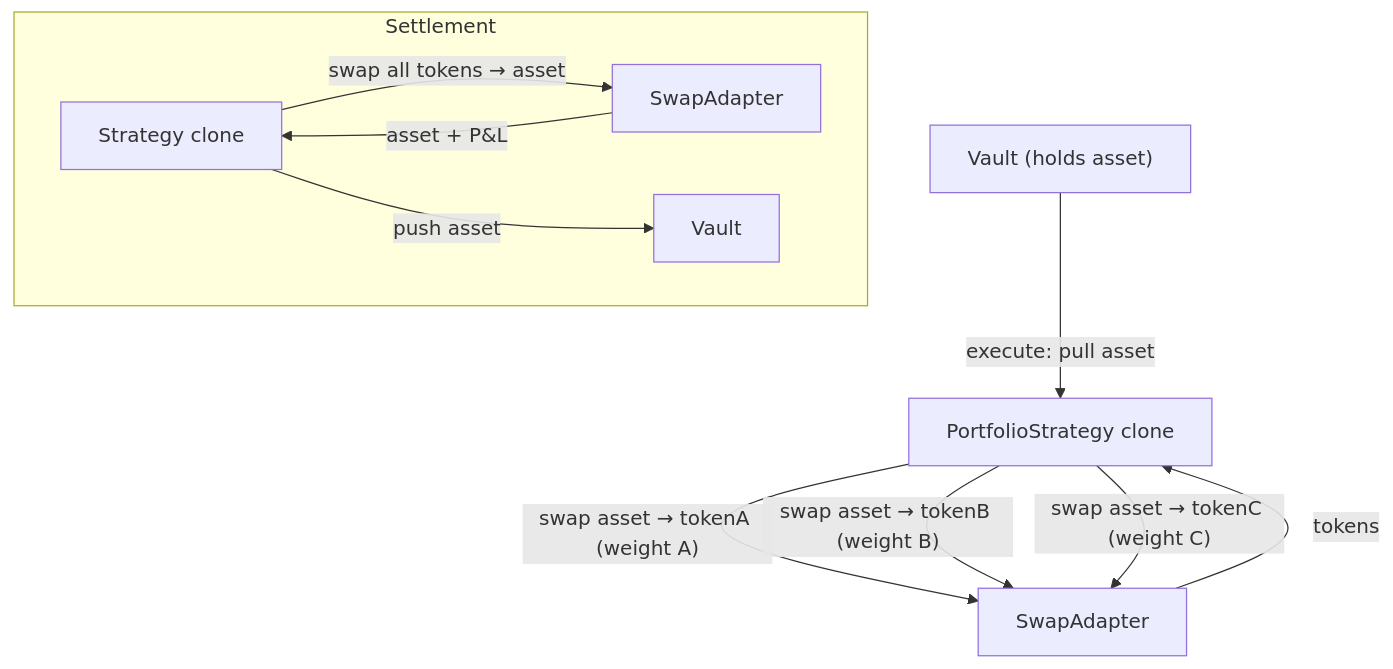
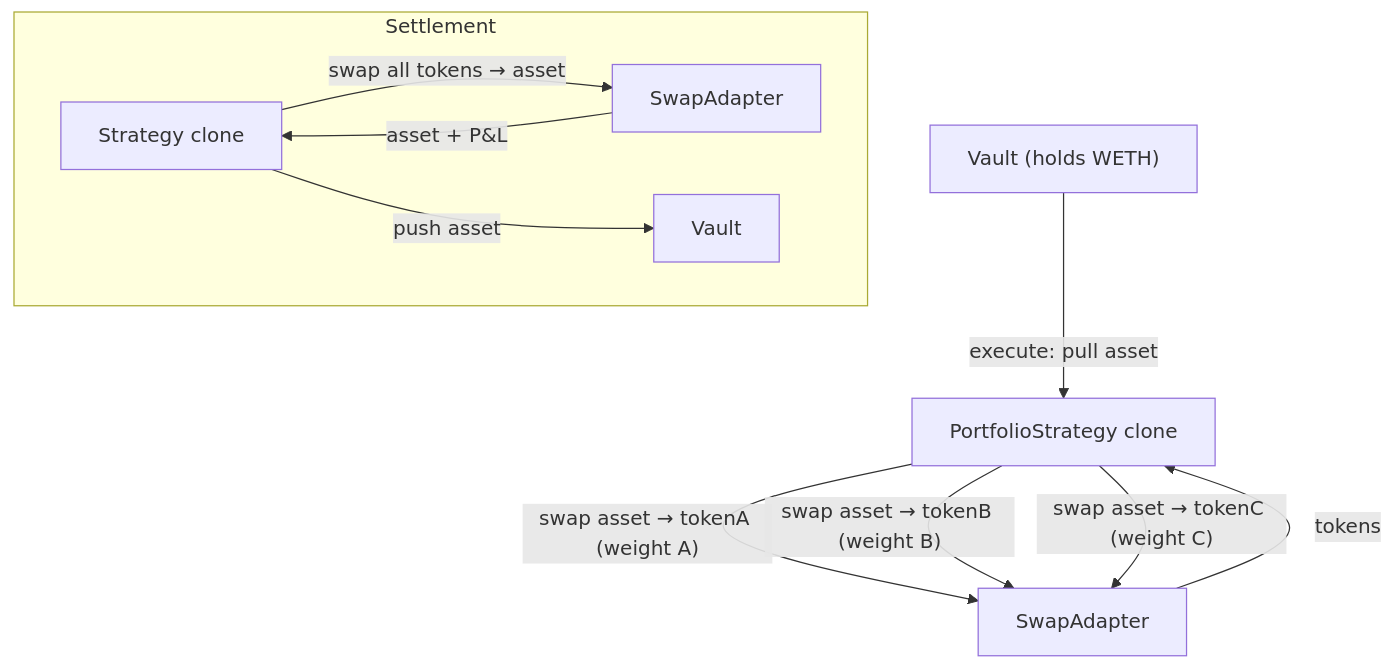
Before and after one commit to sherwoodagent/mintlify-docs: the diagram in protocol/strategies/uniswap.mdx, drawn with Mermaid. The commit also changed other lines of this file and 35 other files, not shown here.

````diff
--- a/protocol/strategies/uniswap.mdx
+++ b/protocol/strategies/uniswap.mdx
@@ -26,14 +23,14 @@
 ```mermaid
 graph TD
-    V["Vault (holds asset)"] -->|"execute: pull asset"| S["PortfolioStrategy clone"]
+    V["Vault (holds WETH)"] -->|"execute: pull asset"| S["PortfolioStrategy clone"]
     S -->|"swap asset → tokenA (weight A)"| SA["SwapAdapter"]
     S -->|"swap asset → tokenB (weight B)"| SA
     S -->|"swap asset → tokenC (weight C)"| SA
     SA -->|"tokens"| S
 
     subgraph Settlement
         S2["Strategy clone"] -->|"swap all tokens → asset"| SA2["SwapAdapter"]
         SA2 -->|"asset + P&L"| S2
         S2 -->|"push asset"| V2["Vault"]
     end
 ```
````
